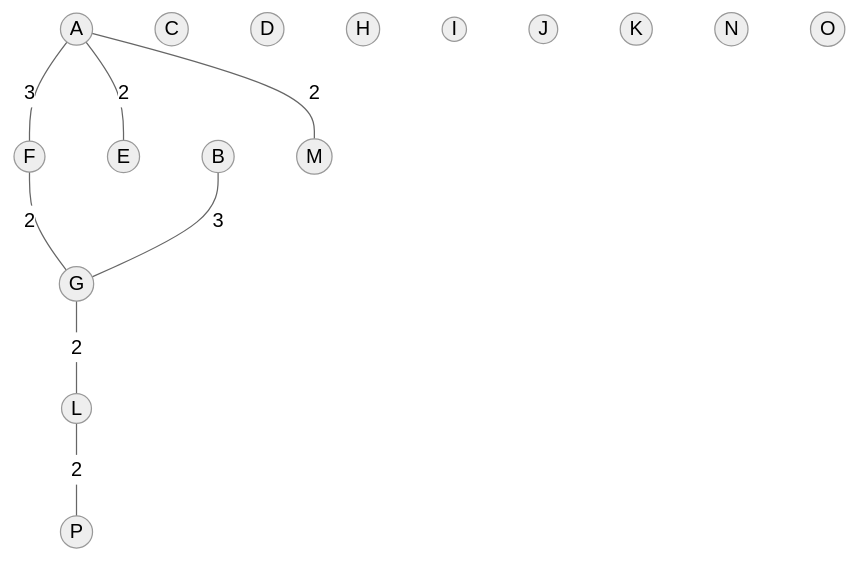
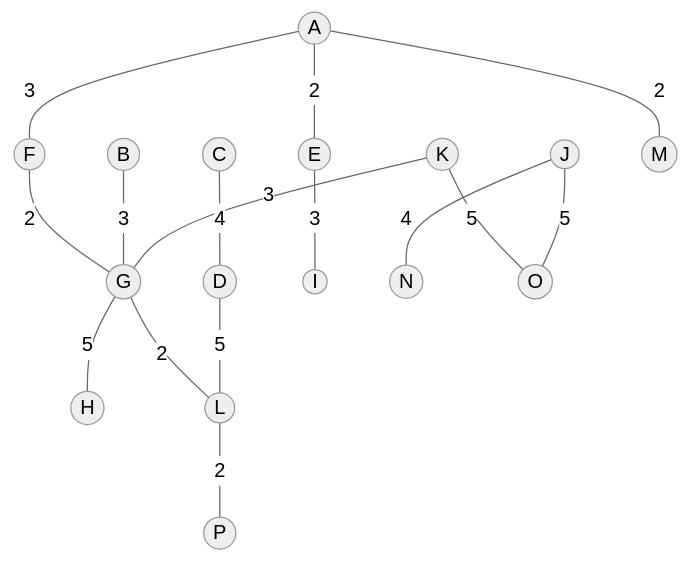
Before and after one commit to olywoolsey/Notes: the second of 2 diagrams in Assessments/Algorithms 1.md, drawn with Mermaid (neutral theme).

Commit message:
vault backup: 2024-02-21 20:47:27

````diff
--- a/Assessments/Algorithms 1.md
+++ b/Assessments/Algorithms 1.md
@@ -43,26 +43,34 @@
 ```mermaid
 graph
 A((A))
 B((B))
 C((C))
 D((D))
 E((E))
 F((F))
 G((G))
 H((H))
 I((I))
 J((J))
 K((K))
 L((L))
 M((M))
 N((N))
 O((O))
 P((P))
 A -- 2 --- E
 A -- 2 --- M
 F -- 2 --- G
 G -- 2 --- L
 L -- 2 --- P
 A -- 3 --- F
 B -- 3 --- G
+E -- 3 --- I
+K -- 3 --- G
+C -- 4 --- D
+J -- 4 --- N
+D -- 5 --- L
+K -- 5 --- O
+G -- 5 --- H
+J -- 5 --- O
 ```
````
